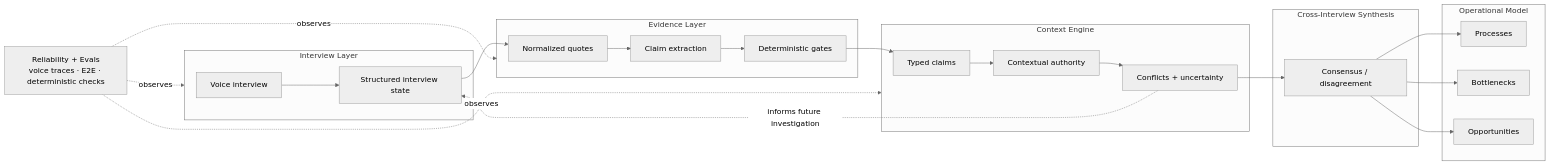
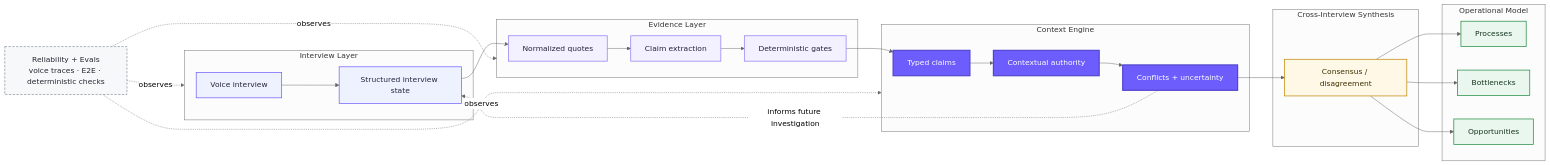
Before and after one commit to isidropasman/plexo-engineering: the diagram in README.md, drawn with Mermaid (neutral theme). The commit also changed other lines of this file, not shown here.

````diff
--- a/README.md
+++ b/README.md
@@ -21,44 +28,58 @@
 ```mermaid
 flowchart LR
     subgraph I[Interview Layer]
       V[Voice interview]
       S[Structured interview state]
       V --> S
     end
 
     subgraph E[Evidence Layer]
       Q[Normalized quotes]
       X[Claim extraction]
       G[Deterministic gates]
       Q --> X --> G
     end
 
     subgraph C[Context Engine]
       CL[Typed claims]
       A[Contextual authority]
       CF[Conflicts + uncertainty]
       CL --> A --> CF
     end
 
     subgraph XS[Cross-Interview Synthesis]
       SY[Consensus / disagreement]
     end
 
     subgraph O[Operational Model]
       P[Processes]
       B[Bottlenecks]
       OP[Opportunities]
     end
 
     S --> Q
     G --> CL
     CF --> SY
     SY --> P
     SY --> B
     SY --> OP
     CF -. informs future investigation .-> S
 
     R["Reliability + Evals\nvoice traces · E2E · deterministic checks"] -. observes .-> I
     R -. observes .-> E
     R -. observes .-> C
+
+    classDef interview fill:#EEF2FF,stroke:#6D5DFC,color:#26233A,stroke-width:1.5px;
+    classDef evidence fill:#F3F0FF,stroke:#8B7CF6,color:#26233A,stroke-width:1.5px;
+    classDef context fill:#6D5DFC,stroke:#5145CD,color:#FFFFFF,stroke-width:2.5px;
+    classDef synthesis fill:#FFF8E6,stroke:#BF8700,color:#3B2F00,stroke-width:1.5px;
+    classDef model fill:#EAF7EE,stroke:#1F883D,color:#17351F,stroke-width:1.5px;
+    classDef reliability fill:#F6F8FA,stroke:#57606A,color:#24292F,stroke-dasharray: 5 3;
+
+    class V,S interview;
+    class Q,X,G evidence;
+    class CL,A,CF context;
+    class SY synthesis;
+    class P,B,OP model;
+    class R reliability;
 ```
````
